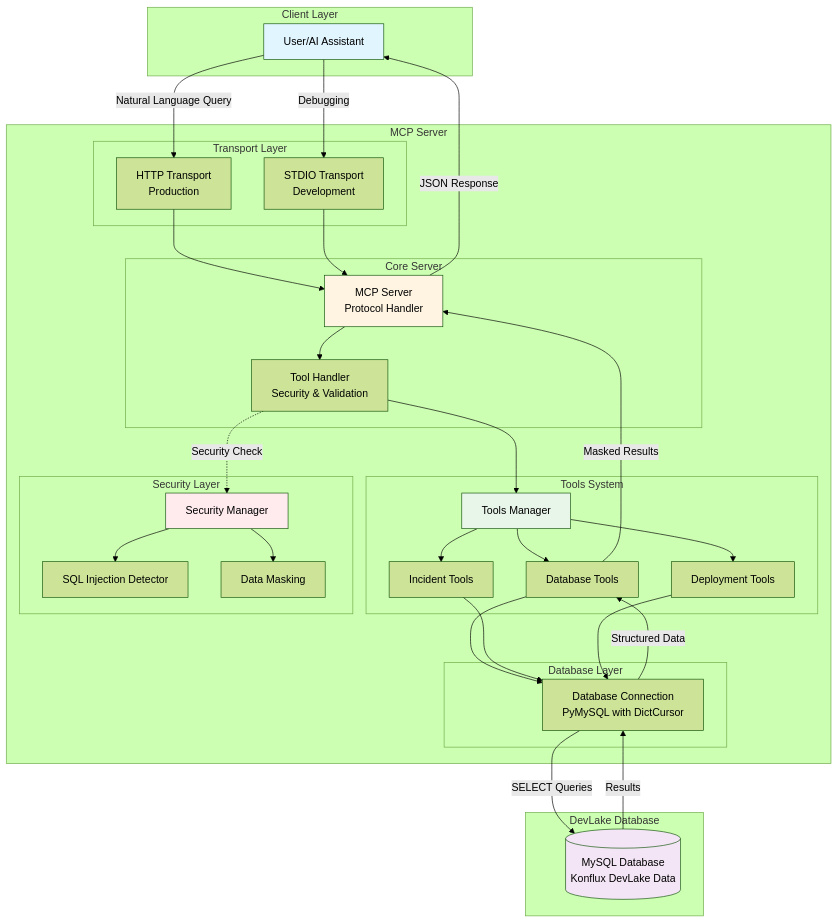
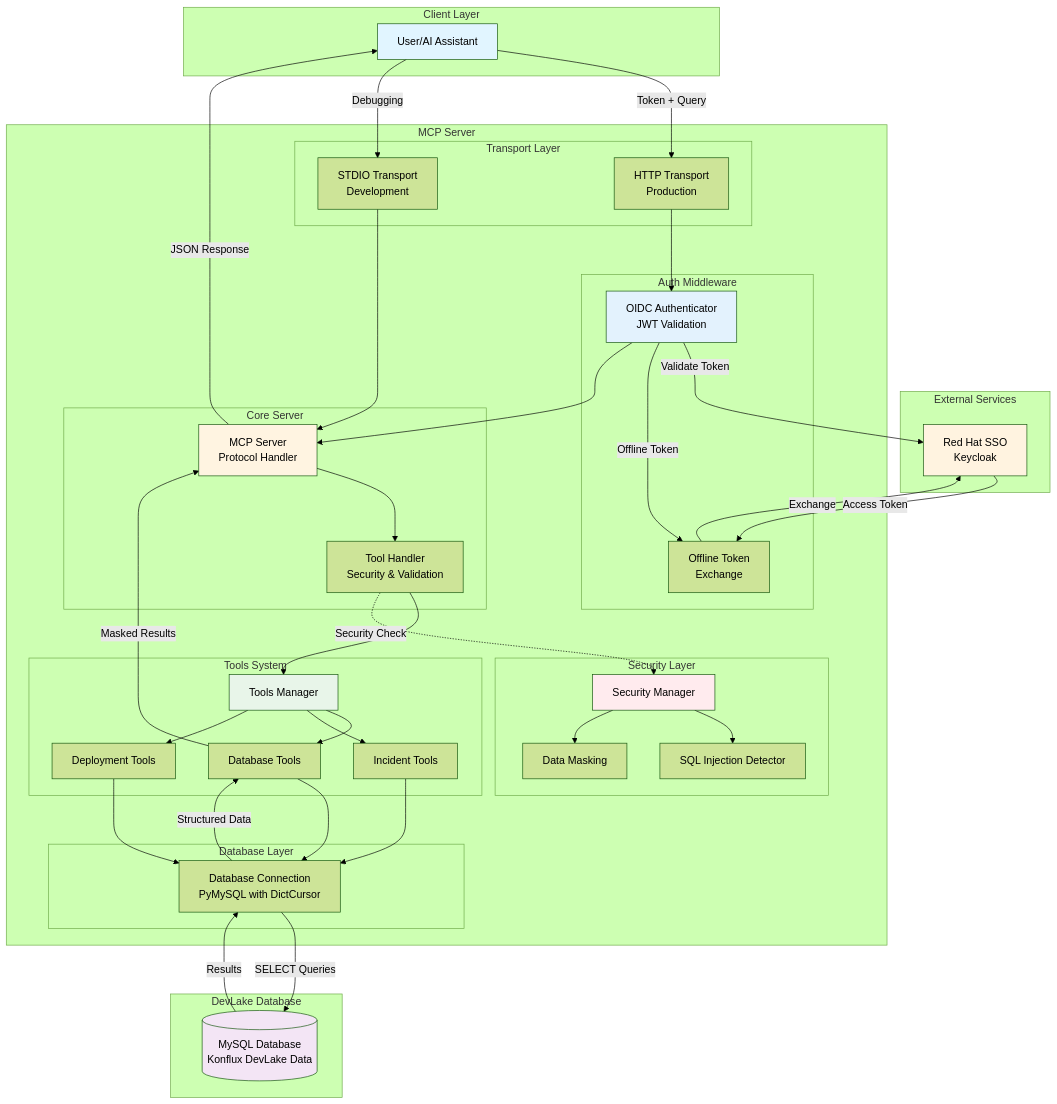
The diagram in docs/architecture-diagram.mmd (konflux-ci/konflux-devlake-mcp), drawn with Mermaid (forest theme) before and after one commit. The commit also changed 12 other files, not shown here.

Commit message:
feat: support auth via SSO offline token

```diff
--- a/docs/architecture-diagram.mmd
+++ b/docs/architecture-diagram.mmd
@@ -1,64 +1,80 @@
 graph TB
     subgraph "Client Layer"
         USER[User/AI Assistant]
+    end
+
+    subgraph "External Services"
+        SSO[Red Hat SSO<br/>Keycloak]
     end
 
     subgraph "MCP Server"
         subgraph "Transport Layer"
             HTTP[HTTP Transport<br/>Production]
             STDIO[STDIO Transport<br/>Development]
+        end
+
+        subgraph "Auth Middleware"
+            OIDC[OIDC Authenticator<br/>JWT Validation]
+            OFFLINE[Offline Token<br/>Exchange]
         end
 
         subgraph "Core Server"
             MCP[MCP Server<br/>Protocol Handler]
             HANDLER[Tool Handler<br/>Security & Validation]
         end
 
         subgraph "Tools System"
             TM[Tools Manager]
             DB[Database Tools]
             INC[Incident Tools]
             DEP[Deployment Tools]
         end
 
         subgraph "Security Layer"
             SEC[Security Manager]
             SQL[SQL Injection Detector]
             MASK[Data Masking]
         end
 
         subgraph "Database Layer"
             DB_CONN[Database Connection<br/>PyMySQL with DictCursor]
         end
     end
 
     subgraph "DevLake Database"
         MYSQL[(MySQL Database<br/>Konflux DevLake Data)]
     end
 
-    USER -->|Natural Language Query| HTTP
+    USER -->|Token + Query| HTTP
     USER -->|Debugging| STDIO
-    HTTP --> MCP
+    HTTP --> OIDC
+    OIDC -->|Validate Token| SSO
+    OIDC -->|Offline Token| OFFLINE
+    OFFLINE -->|Exchange| SSO
+    SSO -->|Access Token| OFFLINE
+    OIDC --> MCP
     STDIO --> MCP
     MCP --> HANDLER
     HANDLER --> TM
     TM --> DB
     TM --> INC
     TM --> DEP
     HANDLER -.->|Security Check| SEC
     SEC --> SQL
     SEC --> MASK
     DB --> DB_CONN
     INC --> DB_CONN
     DEP --> DB_CONN
     DB_CONN -->|SELECT Queries| MYSQL
     MYSQL -->|Results| DB_CONN
     DB_CONN -->|Structured Data| DB
     DB -->|Masked Results| MCP
     MCP -->|JSON Response| USER
 
     style USER fill:#e1f5ff
     style MCP fill:#fff4e1
     style TM fill:#e8f5e9
     style SEC fill:#ffebee
     style MYSQL fill:#f3e5f5
+    style SSO fill:#fff3e0
+    style OIDC fill:#e3f2fd
```
